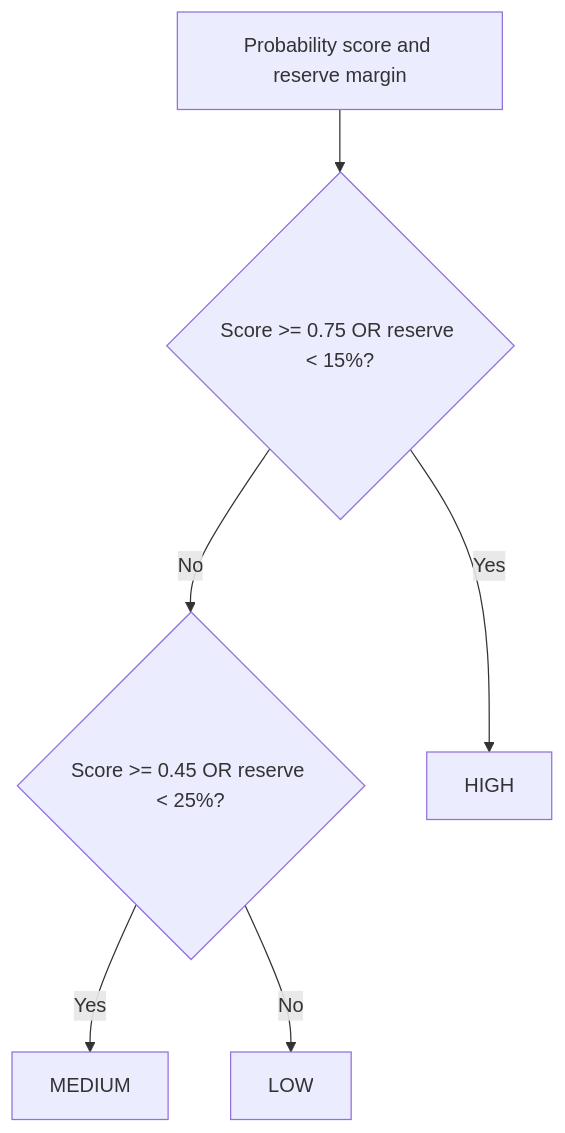
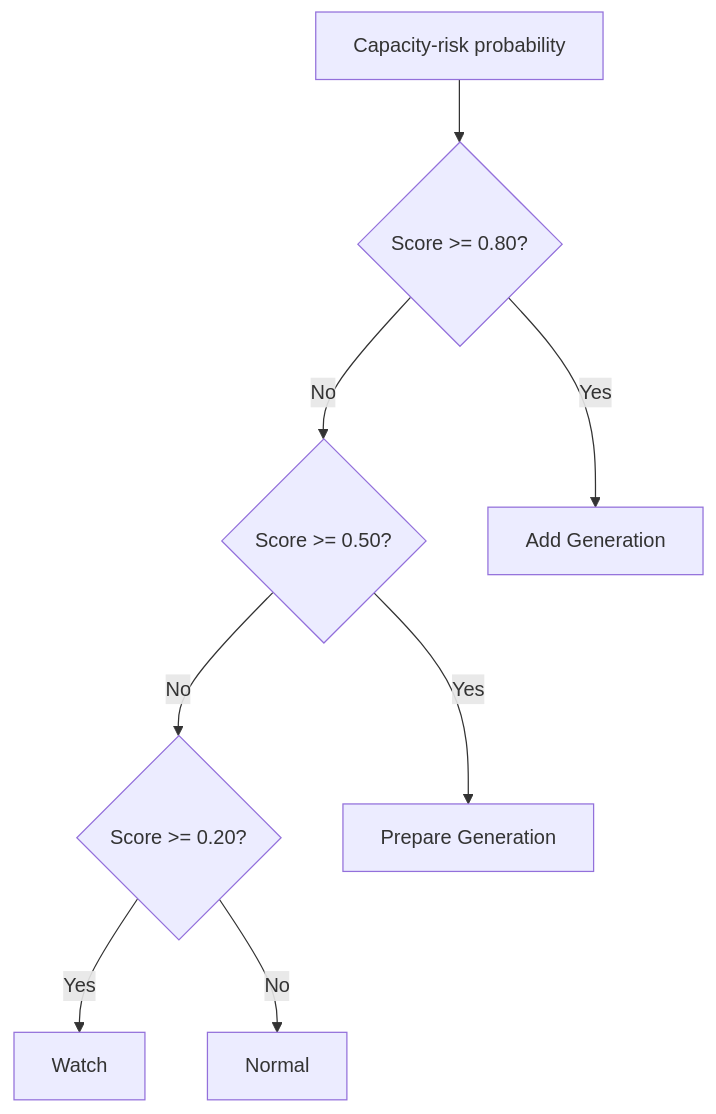
The fourth of 8 diagrams in docs/ProgramFlowAndDecisionLogic.md (BhavB13/TTEC-WGDSS), drawn with Mermaid before and after one commit. The commit also changed other lines of this file and 29 other files, not shown here.

Commit message:
feat: add 30 MW capacity risk forecasting

````diff
--- a/docs/ProgramFlowAndDecisionLogic.md
+++ b/docs/ProgramFlowAndDecisionLogic.md
@@ -336,15 +320,19 @@
 ```mermaid
 flowchart TD
-    Score[Probability score and reserve margin]
-    High{Score >= 0.75 OR reserve < 15%?}
-    Medium{Score >= 0.45 OR reserve < 25%?}
-    HighResult[HIGH]
-    MediumResult[MEDIUM]
-    LowResult[LOW]
+    Score[Capacity-risk probability]
+    Add{Score >= 0.80?}
+    Prepare{Score >= 0.50?}
+    Watch{Score >= 0.20?}
+    AddResult[Add Generation]
+    PrepareResult[Prepare Generation]
+    WatchResult[Watch]
+    NormalResult[Normal]
 
-    Score --> High
-    High -->|Yes| HighResult
-    High -->|No| Medium
-    Medium -->|Yes| MediumResult
-    Medium -->|No| LowResult
+    Score --> Add
+    Add -->|Yes| AddResult
+    Add -->|No| Prepare
+    Prepare -->|Yes| PrepareResult
+    Prepare -->|No| Watch
+    Watch -->|Yes| WatchResult
+    Watch -->|No| NormalResult
 ```
````
